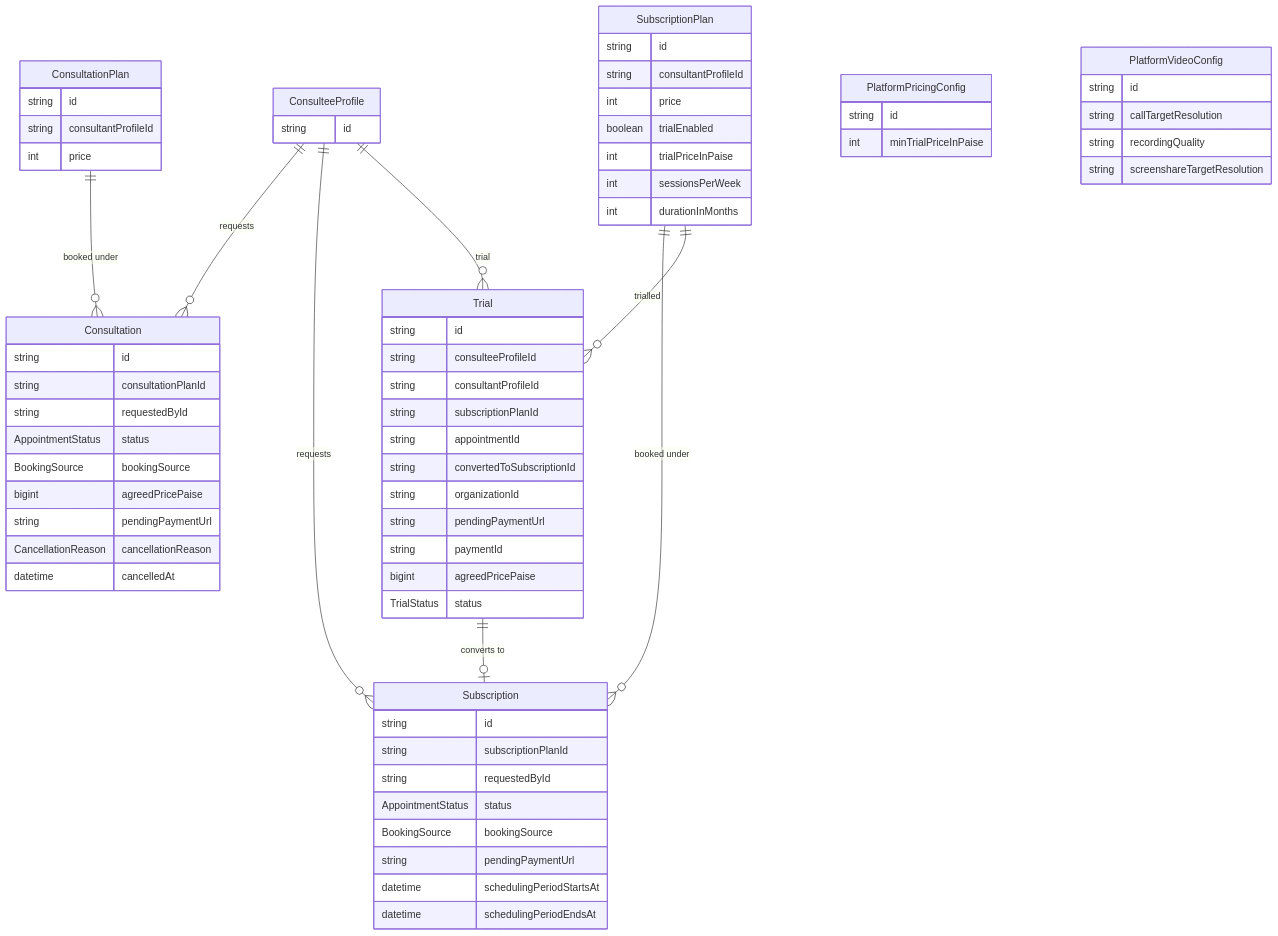
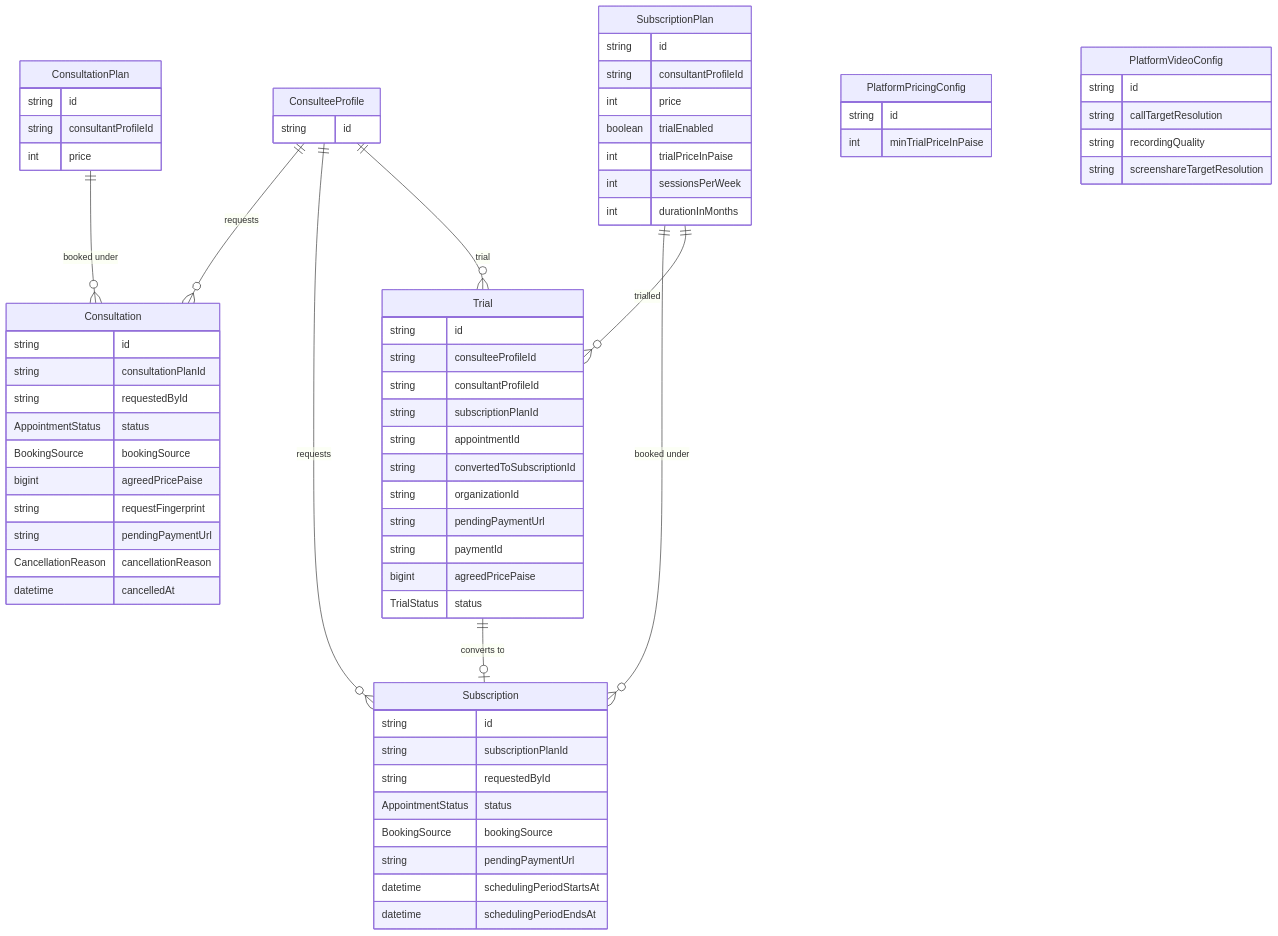
Before and after one commit to Practitionist/familiarise_web: the ninth of 24 diagrams in docs/prisma/00-schema-map.md, drawn with Mermaid. The commit also changed 5 other files, not shown here.

````diff
--- a/docs/prisma/00-schema-map.md
+++ b/docs/prisma/00-schema-map.md
@@ -648,72 +648,73 @@
 ```mermaid
 erDiagram
     ConsulteeProfile {
         string id
     }
     ConsultationPlan {
         string id
         string consultantProfileId
         int price
     }
     Consultation {
         string id
         string consultationPlanId
         string requestedById
         AppointmentStatus status
         BookingSource bookingSource
         bigint agreedPricePaise
+        string requestFingerprint
         string pendingPaymentUrl
         CancellationReason cancellationReason
         datetime cancelledAt
     }
     SubscriptionPlan {
         string id
         string consultantProfileId
         int price
         boolean trialEnabled
         int trialPriceInPaise
         int sessionsPerWeek
         int durationInMonths
     }
     Subscription {
         string id
         string subscriptionPlanId
         string requestedById
         AppointmentStatus status
         BookingSource bookingSource
         string pendingPaymentUrl
         datetime schedulingPeriodStartsAt
         datetime schedulingPeriodEndsAt
     }
     Trial {
         string id
         string consulteeProfileId
         string consultantProfileId
         string subscriptionPlanId
         string appointmentId
         string convertedToSubscriptionId
         string organizationId
         string pendingPaymentUrl
         string paymentId
         bigint agreedPricePaise
         TrialStatus status
     }
     PlatformPricingConfig {
         string id
         int minTrialPriceInPaise
     }
     PlatformVideoConfig {
         string id
         string callTargetResolution
         string recordingQuality
         string screenshareTargetResolution
     }
 
     ConsulteeProfile ||--o{ Consultation : "requests"
     ConsultationPlan ||--o{ Consultation : "booked under"
     ConsulteeProfile ||--o{ Subscription : "requests"
     SubscriptionPlan ||--o{ Subscription : "booked under"
     ConsulteeProfile ||--o{ Trial : "trial"
     SubscriptionPlan ||--o{ Trial : "trialled"
     Trial ||--o| Subscription : "converts to"
 ```
````
